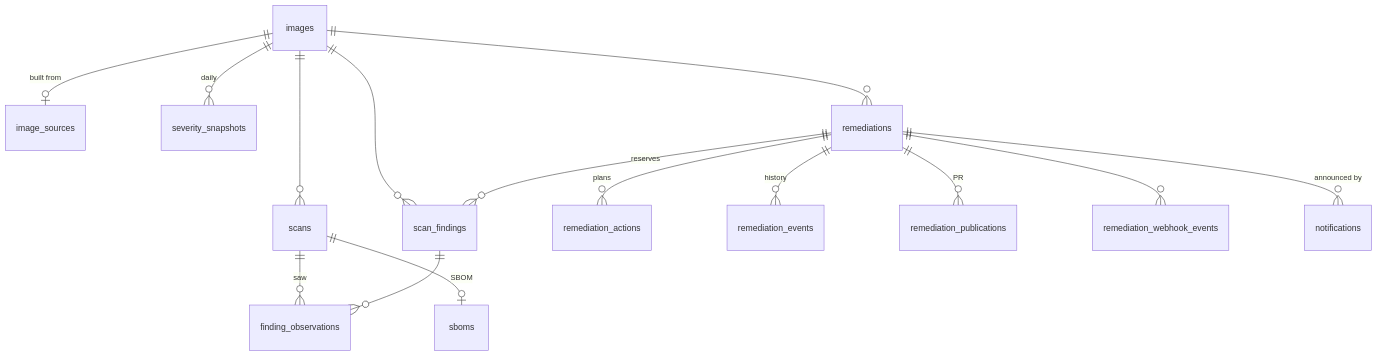
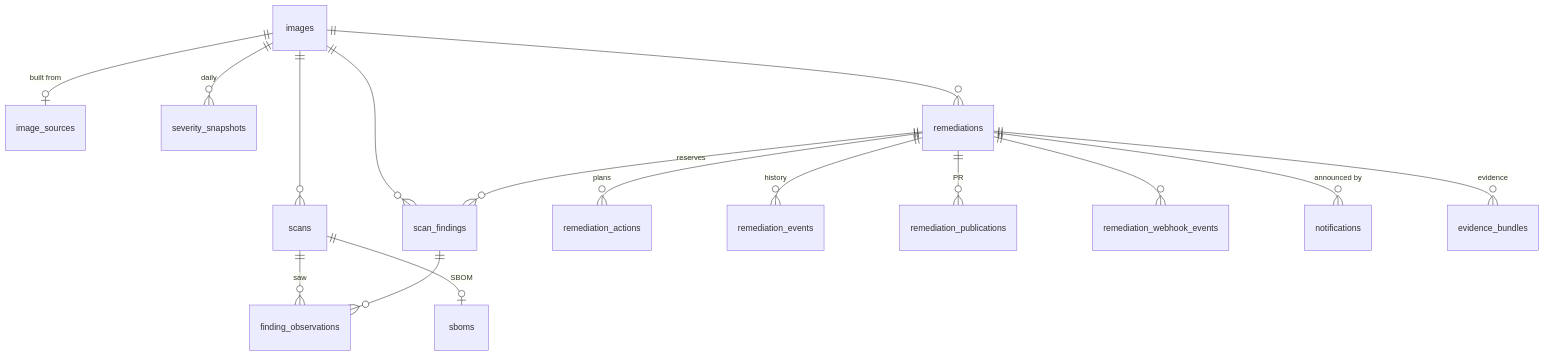
One commit to pespringer/scrutineering changed the third of 5 diagrams in docs/ARCHITECTURE.md. Above: the diagram before and after it, drawn with Mermaid. The commit also changed other lines of this file and 24 other files, not shown here.

````diff
--- a/docs/ARCHITECTURE.md
+++ b/docs/ARCHITECTURE.md
@@ -84,17 +84,18 @@
 ```mermaid
 erDiagram
     images ||--o| image_sources : "built from"
     images ||--o{ scans : ""
     images ||--o{ scan_findings : ""
     scans ||--o{ finding_observations : "saw"
     scan_findings ||--o{ finding_observations : ""
     images ||--o{ severity_snapshots : "daily"
     images ||--o{ remediations : ""
     remediations ||--o{ scan_findings : "reserves"
     remediations ||--o{ remediation_actions : "plans"
     remediations ||--o{ remediation_events : "history"
     remediations ||--o{ remediation_publications : "PR"
     remediations ||--o{ remediation_webhook_events : ""
     remediations ||--o{ notifications : "announced by"
     scans ||--o| sboms : "SBOM"
+    remediations ||--o{ evidence_bundles : "evidence"
 ```
````
